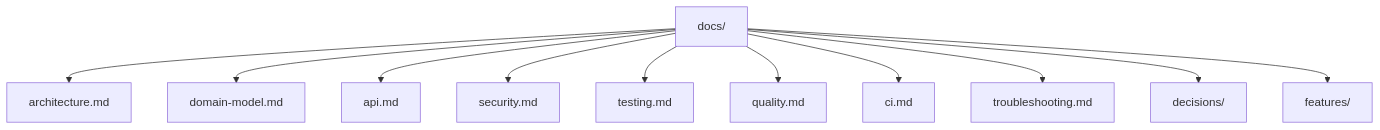
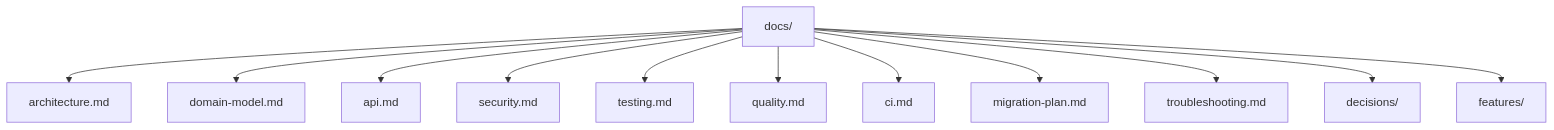
The sixth of 6 diagrams in README.md (CristhianLagunaM/launchforge), drawn with Mermaid before and after one commit. The commit also changed other lines of this file and 6 other files, not shown here.

````diff
--- a/README.md
+++ b/README.md
@@ -364,13 +398,14 @@
 ```mermaid
 flowchart TD
     D[docs/] --> A[architecture.md]
     D --> DM[domain-model.md]
     D --> API[api.md]
     D --> S[security.md]
     D --> T[testing.md]
     D --> Q[quality.md]
     D --> CI[ci.md]
+    D --> MP[migration-plan.md]
     D --> TR[troubleshooting.md]
     D --> DEC[decisions/]
     D --> F[features/]
 ```
````
